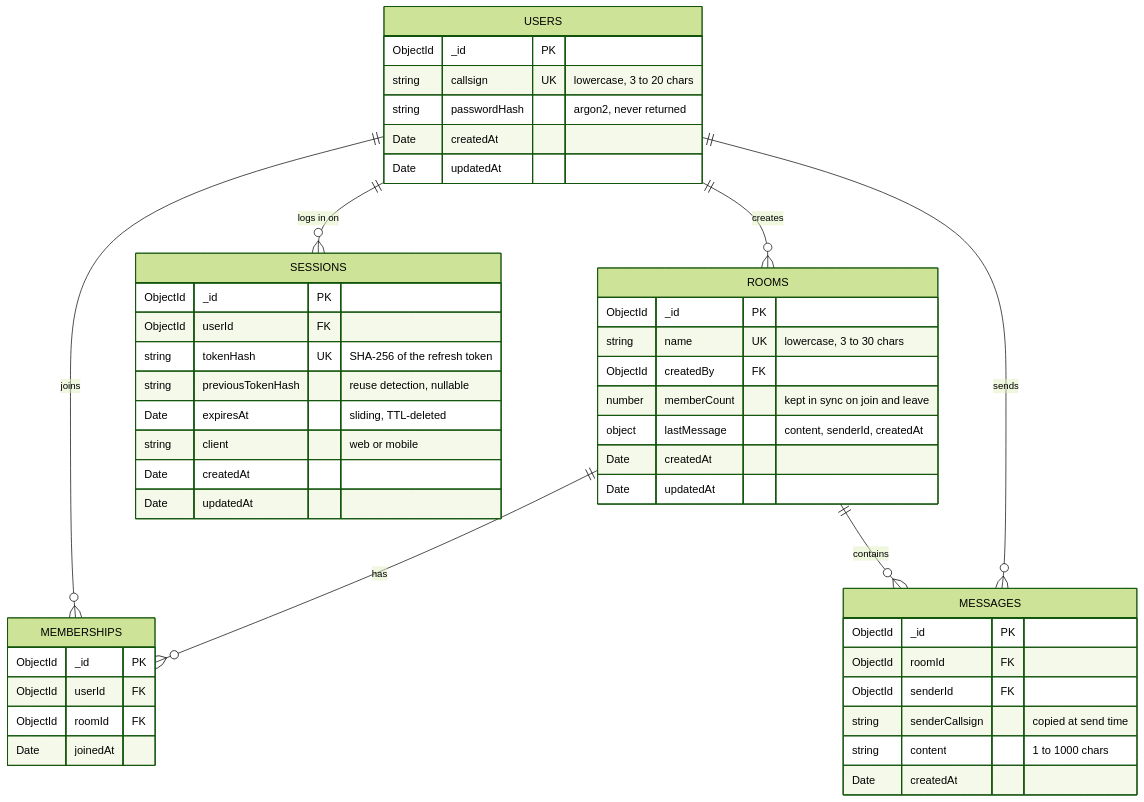
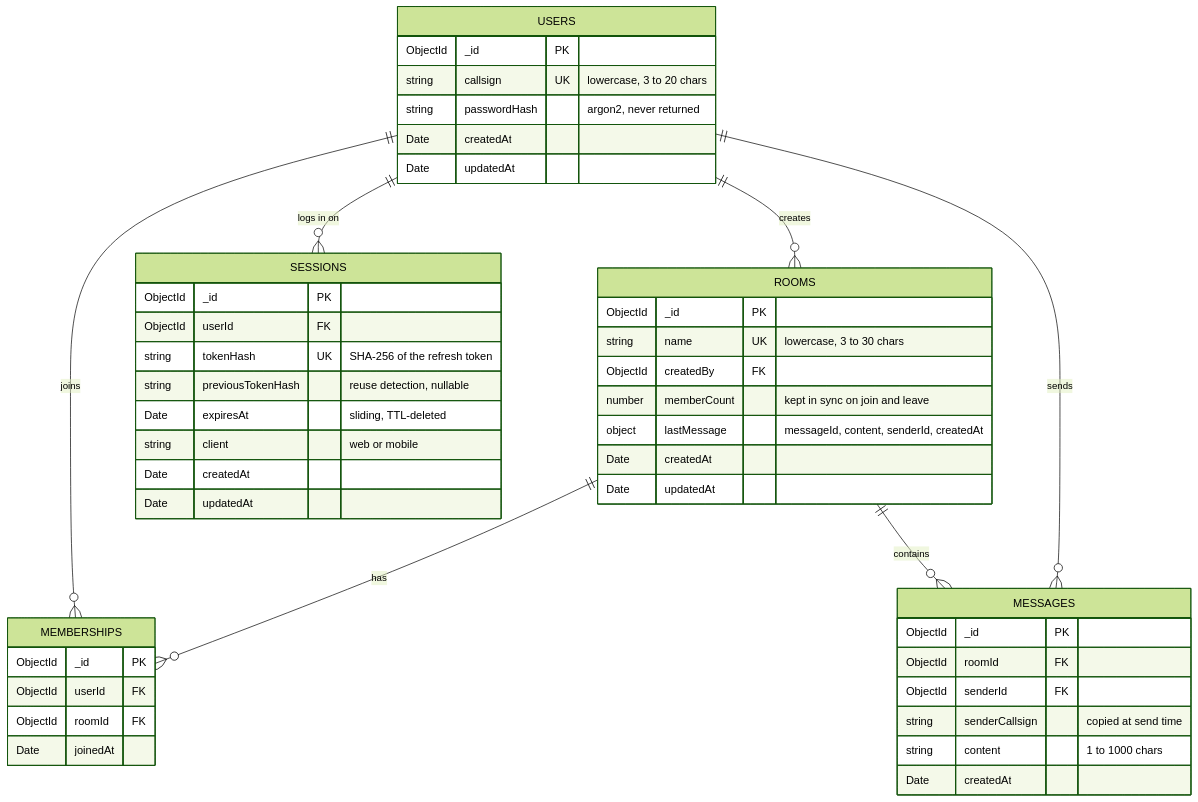
The diagram in README.md (PenuAndreea/callsign), drawn with Mermaid (forest theme) before and after one commit. The commit also changed 21 other files, not shown here.

````diff
--- a/README.md
+++ b/README.md
@@ -138,54 +138,54 @@
 ```mermaid
 erDiagram
   USERS ||--o{ MEMBERSHIPS : joins
   ROOMS ||--o{ MEMBERSHIPS : has
   USERS ||--o{ ROOMS : creates
   ROOMS ||--o{ MESSAGES : contains
   USERS ||--o{ MESSAGES : sends
   USERS ||--o{ SESSIONS : "logs in on"
 
   USERS {
     ObjectId _id PK
     string callsign UK "lowercase, 3 to 20 chars"
     string passwordHash "argon2, never returned"
     Date createdAt
     Date updatedAt
   }
 
   SESSIONS {
     ObjectId _id PK
     ObjectId userId FK
     string tokenHash UK "SHA-256 of the refresh token"
     string previousTokenHash "reuse detection, nullable"
     Date expiresAt "sliding, TTL-deleted"
     string client "web or mobile"
     Date createdAt
     Date updatedAt
   }
 
   ROOMS {
     ObjectId _id PK
     string name UK "lowercase, 3 to 30 chars"
     ObjectId createdBy FK
     number memberCount "kept in sync on join and leave"
-    object lastMessage "content, senderId, createdAt"
+    object lastMessage "messageId, content, senderId, createdAt"
     Date createdAt
     Date updatedAt
   }
 
   MEMBERSHIPS {
     ObjectId _id PK
     ObjectId userId FK
     ObjectId roomId FK
     Date joinedAt
   }
 
   MESSAGES {
     ObjectId _id PK
     ObjectId roomId FK
     ObjectId senderId FK
     string senderCallsign "copied at send time"
     string content "1 to 1000 chars"
     Date createdAt
   }
 ```
````
